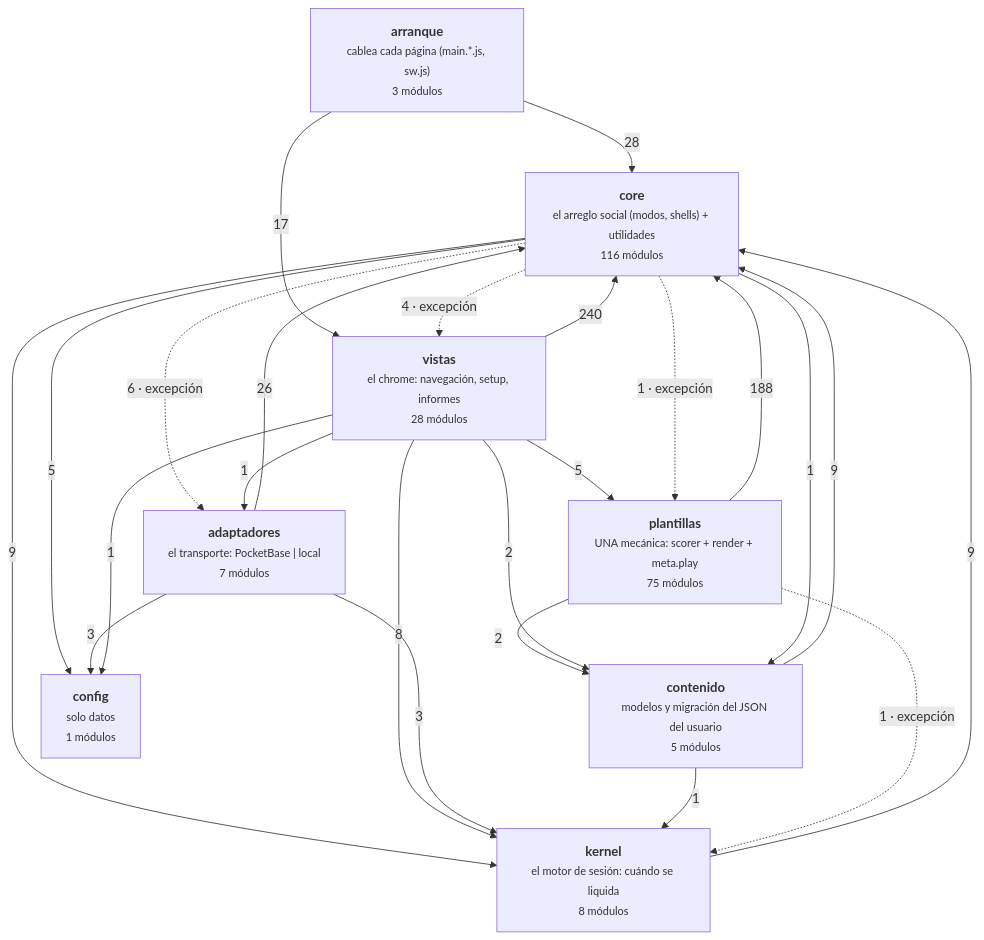
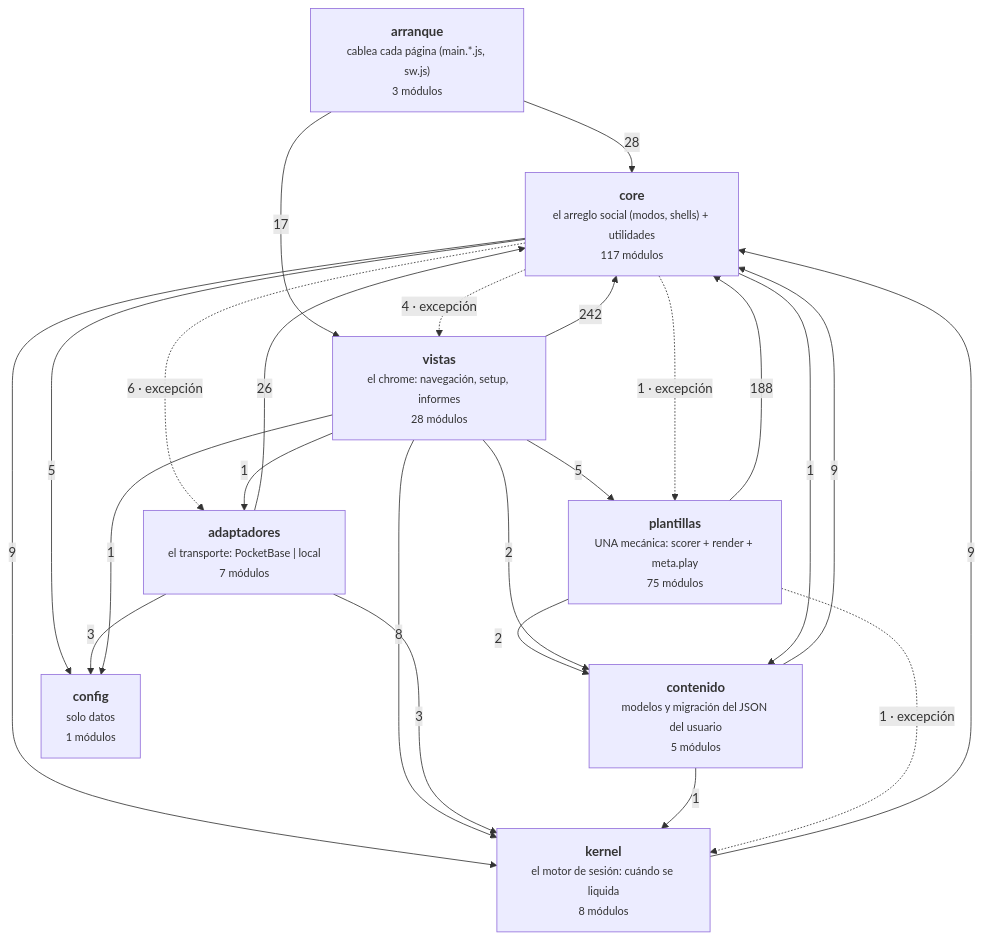
The diagram in docs/arquitectura-modulos.md (duecaz/ac), drawn with Mermaid before and after one commit. The commit also changed other lines of this file and 11 other files, not shown here.

````diff
--- a/docs/arquitectura-modulos.md
+++ b/docs/arquitectura-modulos.md
@@ -49,34 +49,34 @@
 ```mermaid
 graph TD
   A["<b>arranque</b><br/><small>cablea cada página (main.*.js, sw.js)</small><br/><small>3 módulos</small>"]
   V["<b>vistas</b><br/><small>el chrome: navegación, setup, informes</small><br/><small>28 módulos</small>"]
   AD["<b>adaptadores</b><br/><small>el transporte: PocketBase | local</small><br/><small>7 módulos</small>"]
-  C["<b>core</b><br/><small>el arreglo social (modos, shells) + utilidades</small><br/><small>116 módulos</small>"]
+  C["<b>core</b><br/><small>el arreglo social (modos, shells) + utilidades</small><br/><small>117 módulos</small>"]
   K["<b>kernel</b><br/><small>el motor de sesión: cuándo se liquida</small><br/><small>8 módulos</small>"]
   T["<b>plantillas</b><br/><small>UNA mecánica: scorer + render + meta.play</small><br/><small>75 módulos</small>"]
   CO["<b>contenido</b><br/><small>modelos y migración del JSON del usuario</small><br/><small>5 módulos</small>"]
   CF["<b>config</b><br/><small>solo datos</small><br/><small>1 módulos</small>"]
-  V -->|240| C
+  V -->|242| C
   T -->|188| C
   A -->|28| C
   AD -->|26| C
   A -->|17| V
   C -->|9| K
   CO -->|9| C
   K -->|9| C
   V -->|8| K
   C -.->|6 · excepción| AD
   C -->|5| CF
   V -->|5| T
   C -.->|4 · excepción| V
   AD -->|3| CF
   AD -->|3| K
   T -->|2| CO
   V -->|2| CO
   C -.->|1 · excepción| T
   C -->|1| CO
   CO -->|1| K
   T -.->|1 · excepción| K
   V -->|1| AD
   V -->|1| CF
 ```
````
